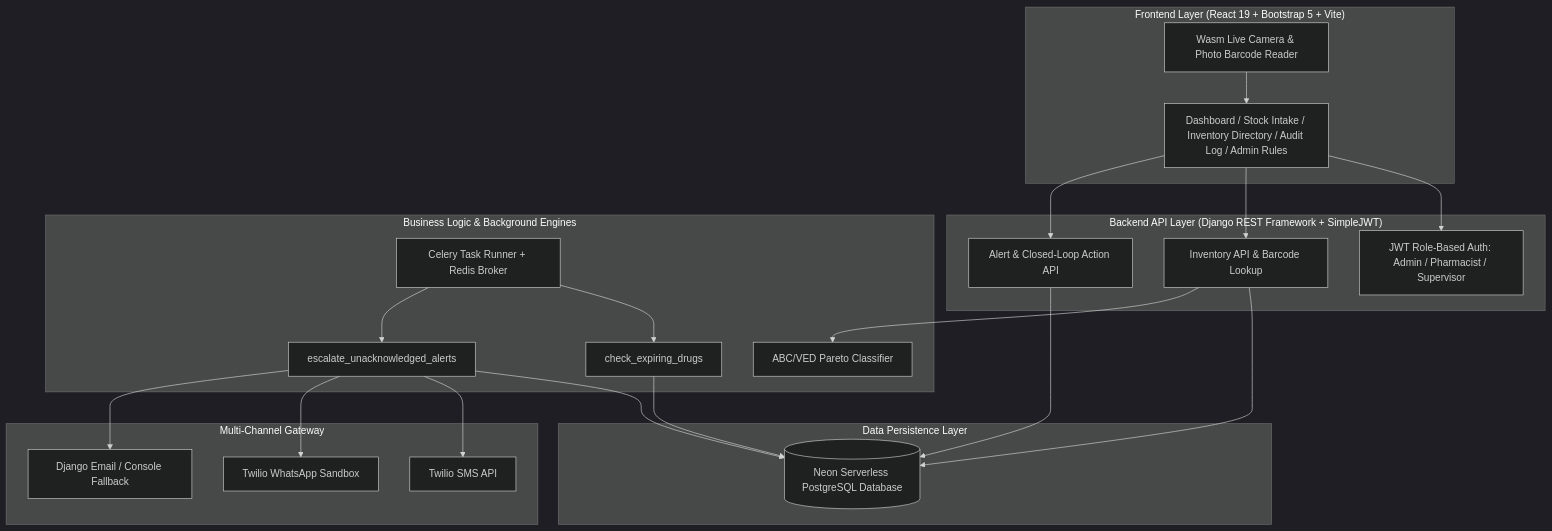
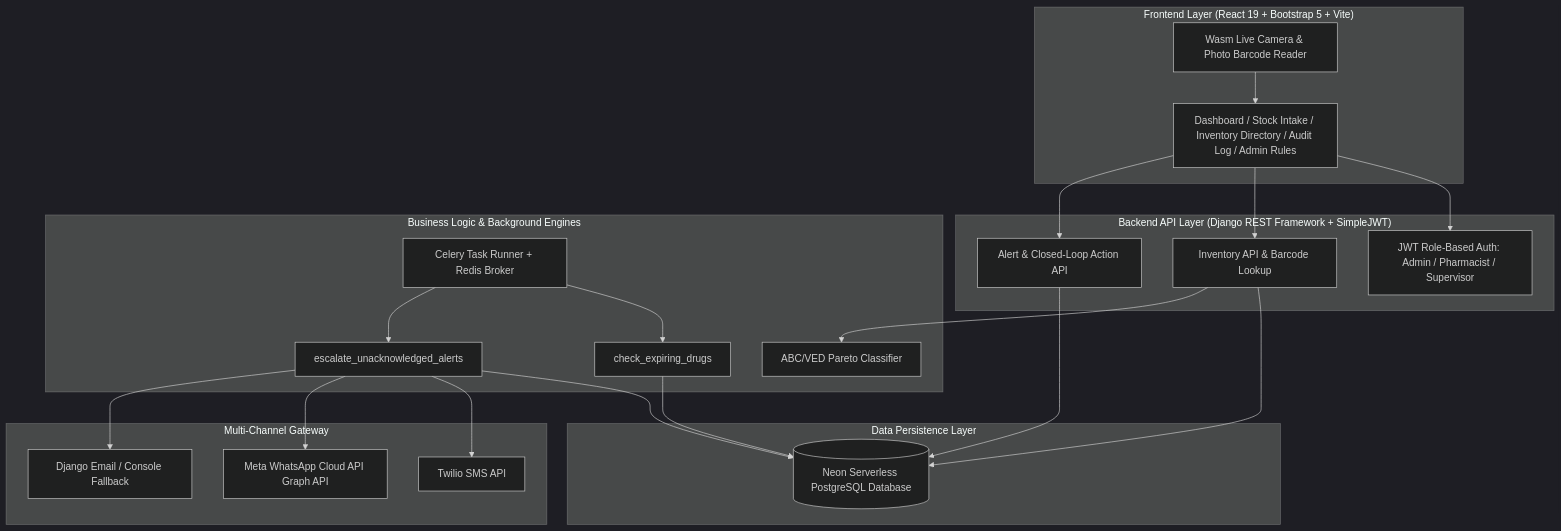
The first of 2 diagrams in PROJECT_DOCUMENTATION.md (x15o3i/pharmakon), drawn with Mermaid (dark theme) before and after one commit. The commit also changed other lines of this file and 6 other files, not shown here.

````diff
--- a/PROJECT_DOCUMENTATION.md
+++ b/PROJECT_DOCUMENTATION.md
@@ -32,48 +32,48 @@
 ```mermaid
 flowchart TD
     subgraph ClientLayer["Frontend Layer (React 19 + Bootstrap 5 + Vite)"]
         UI[Dashboard / Stock Intake / Inventory Directory / Audit Log / Admin Rules]
         Scanner[Wasm Live Camera & Photo Barcode Reader]
     end
 
     subgraph APILayer["Backend API Layer (Django REST Framework + SimpleJWT)"]
         Auth[JWT Role-Based Auth: Admin / Pharmacist / Supervisor]
         InvAPI[Inventory API & Barcode Lookup]
         AlertAPI[Alert & Closed-Loop Action API]
     end
 
     subgraph ServiceLayer["Business Logic & Background Engines"]
         ParetoEngine[ABC/VED Pareto Classifier]
         CeleryWorker[Celery Task Runner + Redis Broker]
         ExpiryScan[check_expiring_drugs]
         EscalationScan[escalate_unacknowledged_alerts]
     end
 
     subgraph DatabaseLayer["Data Persistence Layer"]
         NeonDB[(Neon Serverless PostgreSQL Database)]
     end
 
     subgraph NotificationLayer["Multi-Channel Gateway"]
         SMS[Twilio SMS API]
-        WhatsApp[Twilio WhatsApp Sandbox]
+        WhatsApp[Meta WhatsApp Cloud API Graph API]
         Email[Django Email / Console Fallback]
     end
 
     UI --> Auth
     UI --> InvAPI
     UI --> AlertAPI
     Scanner --> UI
 
     InvAPI --> NeonDB
     AlertAPI --> NeonDB
     InvAPI --> ParetoEngine
     
     CeleryWorker --> ExpiryScan
     CeleryWorker --> EscalationScan
     ExpiryScan --> NeonDB
     EscalationScan --> NeonDB
 
     EscalationScan --> SMS
     EscalationScan --> WhatsApp
     EscalationScan --> Email
 ```
````
